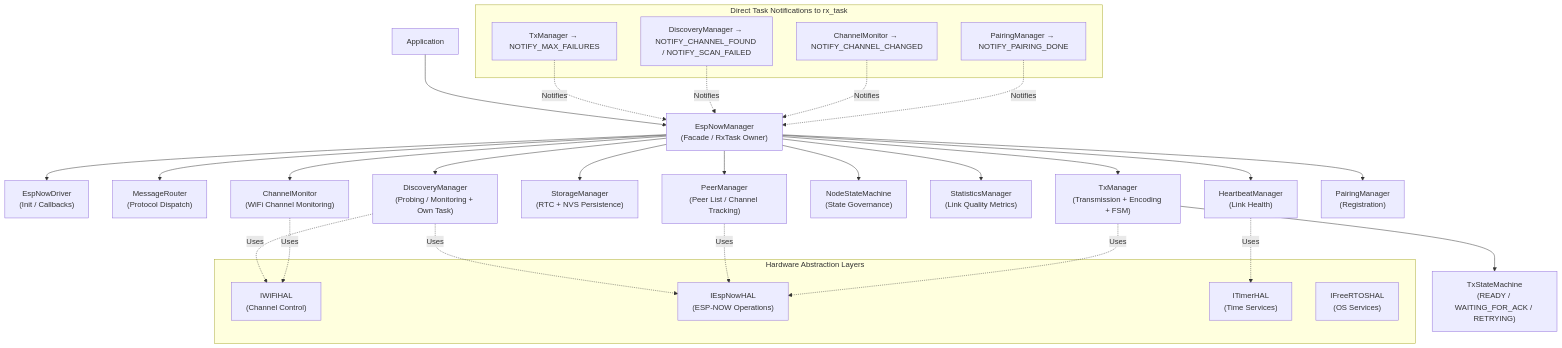
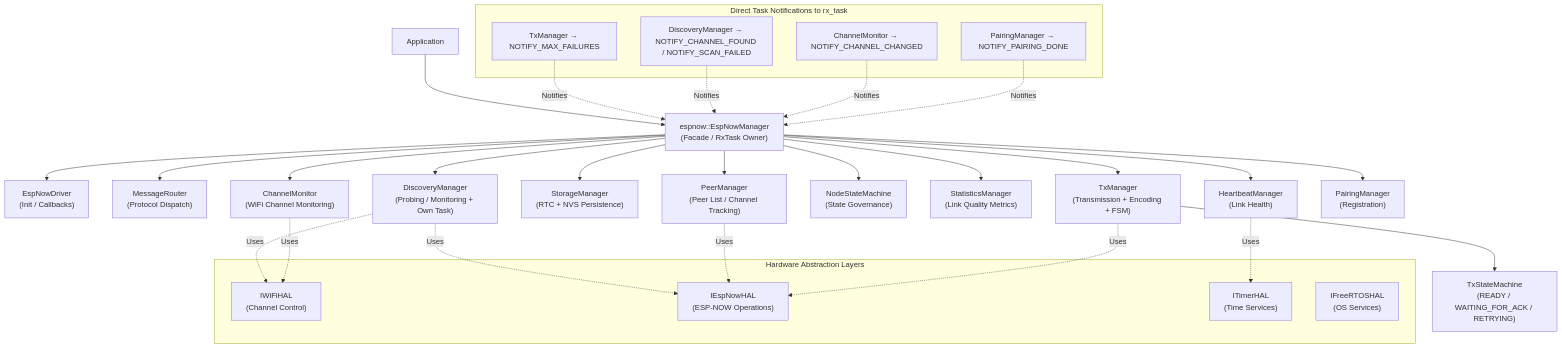
The first of 4 diagrams in DESIGN.md (aluiziotomazelli/espnow_manager), drawn with Mermaid before and after one commit. The commit also changed other lines of this file and 5 other files, not shown here.

First line of the commit message:
refactor: encapsulate espnow_manager component within espnow namespace

````diff
--- a/DESIGN.md
+++ b/DESIGN.md
@@ -13,45 +17,45 @@
 ```mermaid
 graph TD
-    App["Application"] --> EM["EspNowManager\n(Facade / RxTask Owner)"]
+    App["Application"] --> EM["espnow::EspNowManager\n(Facade / RxTask Owner)"]
 
     EM --> ED["EspNowDriver\n(Init / Callbacks)"]
     EM --> MR["MessageRouter\n(Protocol Dispatch)"]
     EM --> TM["TxManager\n(Transmission + Encoding + FSM)"]
     EM --> PM["PeerManager\n(Peer List / Channel Tracking)"]
     EM --> SM["StorageManager\n(RTC + NVS Persistence)"]
     EM --> CM["ChannelMonitor\n(WiFi Channel Monitoring)"]
     EM --> NSM["NodeStateMachine\n(State Governance)"]
     EM --> STM["StatisticsManager\n(Link Quality Metrics)"]
 
     EM --> DM["DiscoveryManager\n(Probing / Monitoring + Own Task)"]
     EM --> HM["HeartbeatManager\n(Link Health)"]
     EM --> PR["PairingManager\n(Registration)"]
 
     TM --> TS["TxStateMachine\n(READY / WAITING_FOR_ACK / RETRYING)"]
 
     subgraph "Direct Task Notifications to rx_task"
         TN1["TxManager → NOTIFY_MAX_FAILURES"]
         TN2["DiscoveryManager → NOTIFY_CHANNEL_FOUND / NOTIFY_SCAN_FAILED"]
         TN3["ChannelMonitor → NOTIFY_CHANNEL_CHANGED"]
         TN4["PairingManager → NOTIFY_PAIRING_DONE"]
     end
 
     subgraph "Hardware Abstraction Layers"
         HW["IWiFiHAL\n(Channel Control)"]
         HE["IEspNowHAL\n(ESP-NOW Operations)"]
         HT["ITimerHAL\n(Time Services)"]
         HF["IFreeRTOSHAL\n(OS Services)"]
     end
 
     DM -.->|Uses| HW
     DM -.->|Uses| HE
     CM -.->|Uses| HW
     PM -.->|Uses| HE
     TM -.->|Uses| HE
     HM -.->|Uses| HT
 
     TN1 -.->|Notifies| EM
     TN2 -.->|Notifies| EM
     TN3 -.->|Notifies| EM
     TN4 -.->|Notifies| EM
 ```
````
